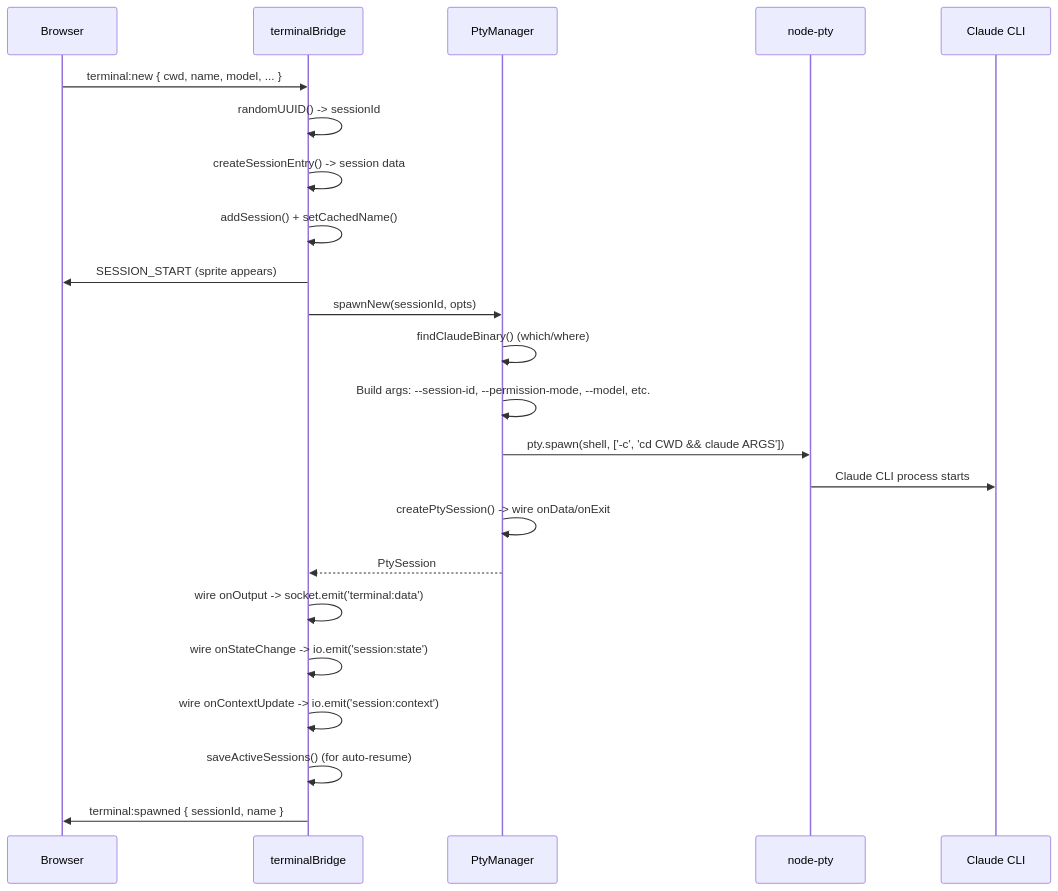
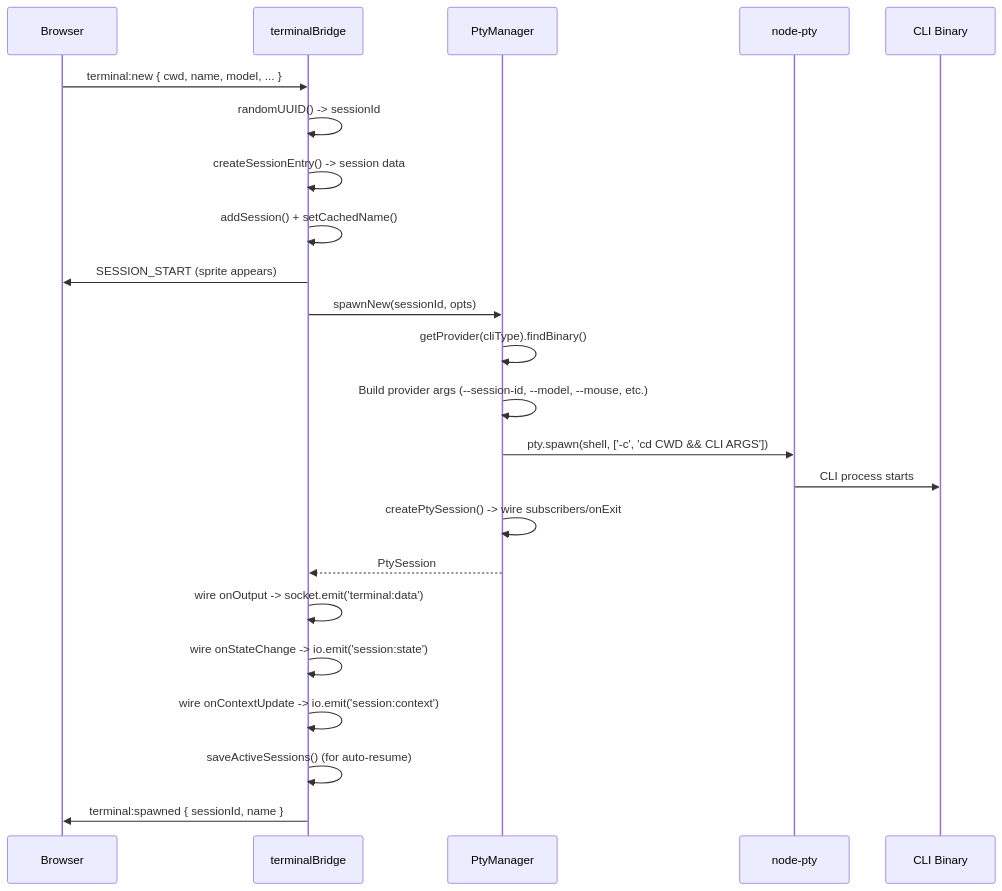
One commit to Nahom-Kefelegne/AgentMatrix changed the third of 7 diagrams in docs/design/electron-pty.md. Above: the diagram before and after it, drawn with Mermaid. The commit also changed other lines of this file and 14 other files, not shown here.

````diff
--- a/docs/design/electron-pty.md
+++ b/docs/design/electron-pty.md
@@ -246,26 +246,26 @@
 ```mermaid
 sequenceDiagram
     participant Client as Browser
     participant Bridge as terminalBridge
     participant PM as PtyManager
     participant PTY as node-pty
-    participant Claude as Claude CLI
+    participant CLI as CLI Binary
 
     Client->>Bridge: terminal:new { cwd, name, model, ... }
     Bridge->>Bridge: randomUUID() -> sessionId
     Bridge->>Bridge: createSessionEntry() -> session data
     Bridge->>Bridge: addSession() + setCachedName()
     Bridge->>Client: SESSION_START (sprite appears)
     Bridge->>PM: spawnNew(sessionId, opts)
-    PM->>PM: findClaudeBinary() (which/where)
-    PM->>PM: Build args: --session-id, --permission-mode, --model, etc.
-    PM->>PTY: pty.spawn(shell, ['-c', 'cd CWD && claude ARGS'])
-    PTY->>Claude: Claude CLI process starts
-    PM->>PM: createPtySession() -> wire onData/onExit
+    PM->>PM: getProvider(cliType).findBinary()
+    PM->>PM: Build provider args (--session-id, --model, --mouse, etc.)
+    PM->>PTY: pty.spawn(shell, ['-c', 'cd CWD && CLI ARGS'])
+    PTY->>CLI: CLI process starts
+    PM->>PM: createPtySession() -> wire subscribers/onExit
     PM-->>Bridge: PtySession
     Bridge->>Bridge: wire onOutput -> socket.emit('terminal:data')
     Bridge->>Bridge: wire onStateChange -> io.emit('session:state')
     Bridge->>Bridge: wire onContextUpdate -> io.emit('session:context')
     Bridge->>Bridge: saveActiveSessions() (for auto-resume)
     Bridge->>Client: terminal:spawned { sessionId, name }
 ```
````
